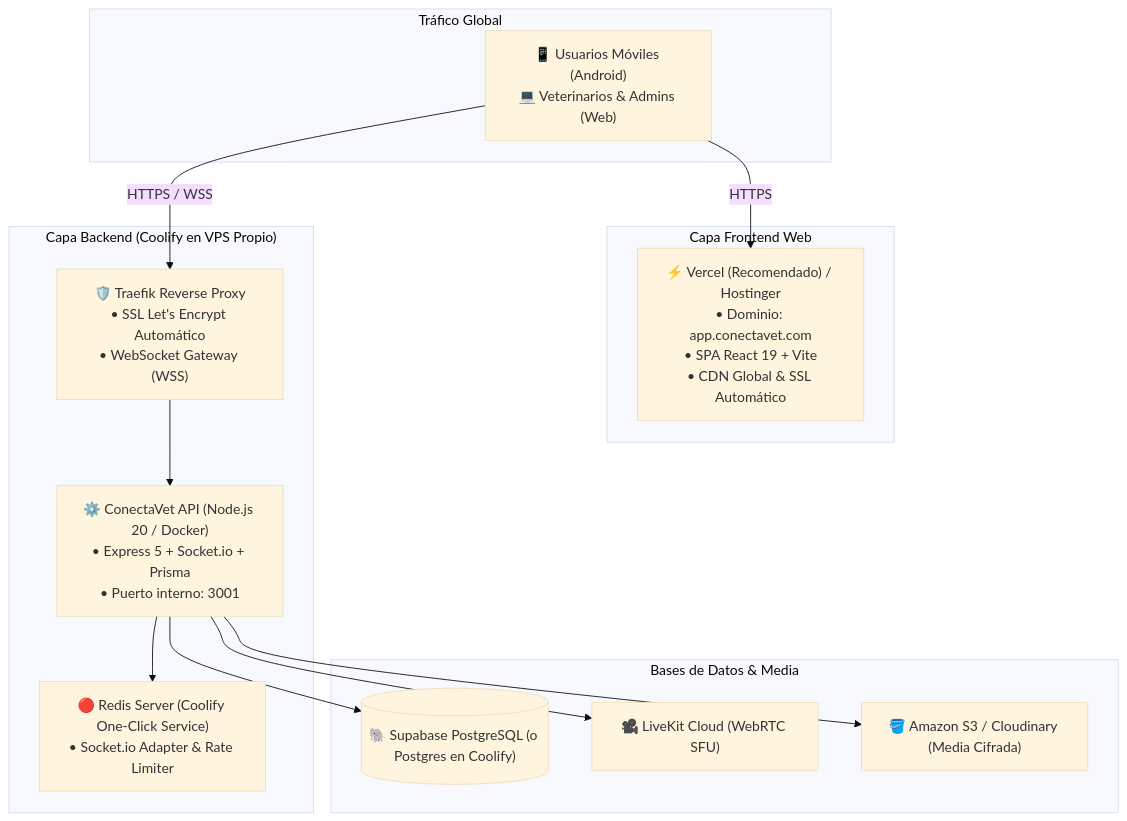
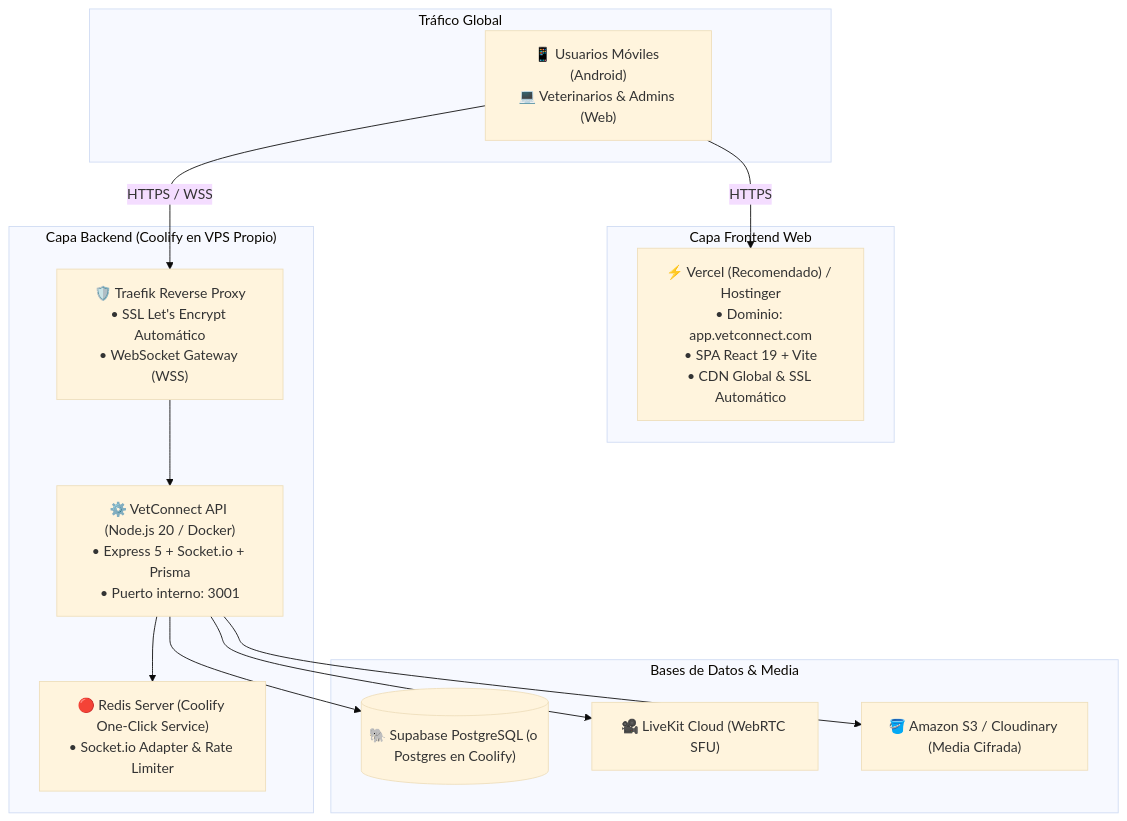
One commit to grupo-pinnacle/VetConnect changed the diagram in docs/DEPLOY.md. Above: the diagram before and after it, drawn with Mermaid (base theme). The commit also changed other lines of this file and 17 other files, not shown here.

````diff
--- a/docs/DEPLOY.md
+++ b/docs/DEPLOY.md
@@ -9,30 +9,30 @@
 ```mermaid
 flowchart TD
     subgraph Internet["Tráfico Global"]
         Users["📱 Usuarios Móviles (Android)\n💻 Veterinarios & Admins (Web)"]
     end
 
     subgraph WebHosting["Capa Frontend Web"]
-        Vercel["⚡ Vercel (Recomendado) / Hostinger\n• Dominio: app.conectavet.com\n• SPA React 19 + Vite\n• CDN Global & SSL Automático"]
+        Vercel["⚡ Vercel (Recomendado) / Hostinger\n• Dominio: app.vetconnect.com\n• SPA React 19 + Vite\n• CDN Global & SSL Automático"]
     end
 
     subgraph CoolifyVPS["Capa Backend (Coolify en VPS Propio)"]
         Traefik["🛡️ Traefik Reverse Proxy\n• SSL Let's Encrypt Automático\n• WebSocket Gateway (WSS)"]
-        NodeApp["⚙️ ConectaVet API (Node.js 20 / Docker)\n• Express 5 + Socket.io + Prisma\n• Puerto interno: 3001"]
+        NodeApp["⚙️ VetConnect API (Node.js 20 / Docker)\n• Express 5 + Socket.io + Prisma\n• Puerto interno: 3001"]
         RedisServ["🔴 Redis Server (Coolify One-Click Service)\n• Socket.io Adapter & Rate Limiter"]
     end
 
     subgraph DataCloud["Bases de Datos & Media"]
         SupabasePostgres[("🐘 Supabase PostgreSQL (o Postgres en Coolify)")]
         LiveKitCloud["🎥 LiveKit Cloud (WebRTC SFU)"]
         S3Storage["🪣 Amazon S3 / Cloudinary (Media Cifrada)"]
     end
 
     Users -->|HTTPS| Vercel
     Users -->|HTTPS / WSS| Traefik
     Traefik --> NodeApp
     NodeApp --> RedisServ
     NodeApp --> SupabasePostgres
     NodeApp --> LiveKitCloud
     NodeApp --> S3Storage
 ```
````
